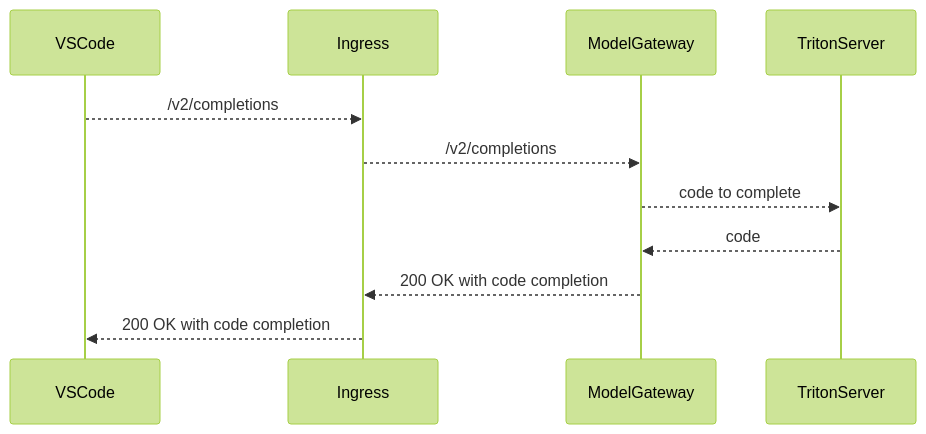
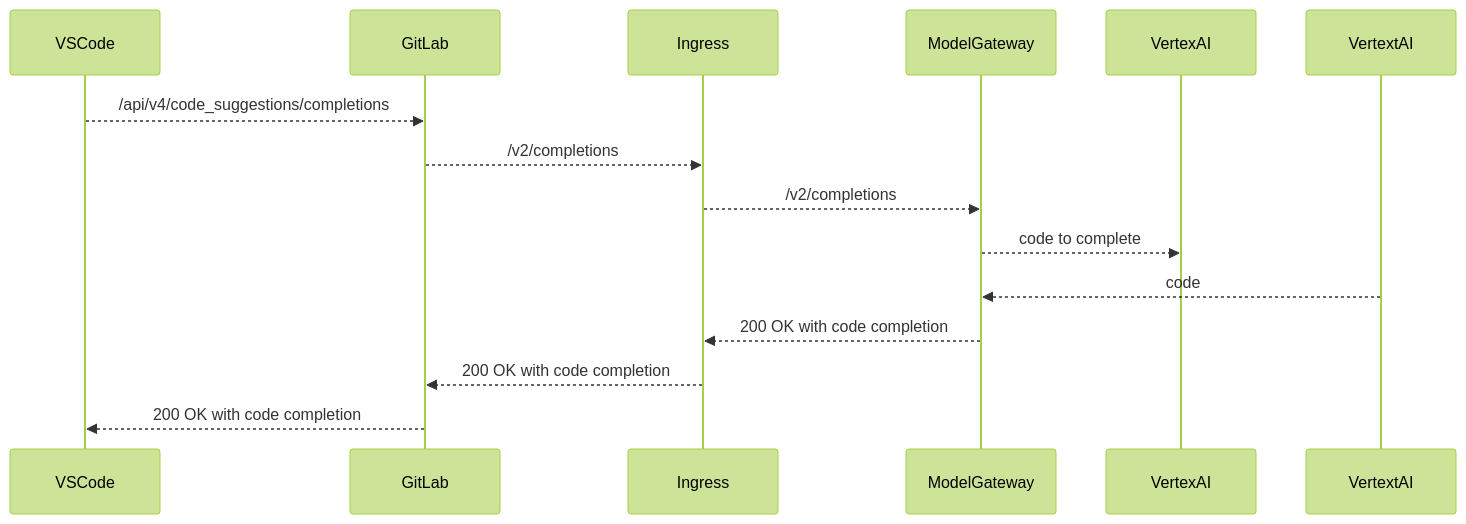
One commit to mattrussi/gitlab-com-runbooks changed the diagram in docs/code_suggestions/README.md. Above: the diagram before and after it, drawn with Mermaid (forest theme). The commit also changed other lines of this file and 23 other files, not shown here.

````diff
--- a/docs/code_suggestions/README.md
+++ b/docs/code_suggestions/README.md
@@ -27,9 +27,11 @@
 ```mermaid
 sequenceDiagram
-    VSCode-->>Ingress: /v2/completions
+    VSCode-->>GitLab: /api/v4/code_suggestions/completions
+    GitLab-->>Ingress: /v2/completions
     Ingress-->>ModelGateway: /v2/completions
-    ModelGateway-->>TritonServer: code to complete
-    TritonServer-->>ModelGateway: code
+    ModelGateway-->>VertexAI: code to complete
+    VertextAI-->>ModelGateway: code
     ModelGateway-->>Ingress: 200 OK with code completion
-    Ingress-->>VSCode: 200 OK with code completion
+    Ingress-->>GitLab: 200 OK with code completion
+    GitLab-->>VSCode: 200 OK with code completion
 ```
````
